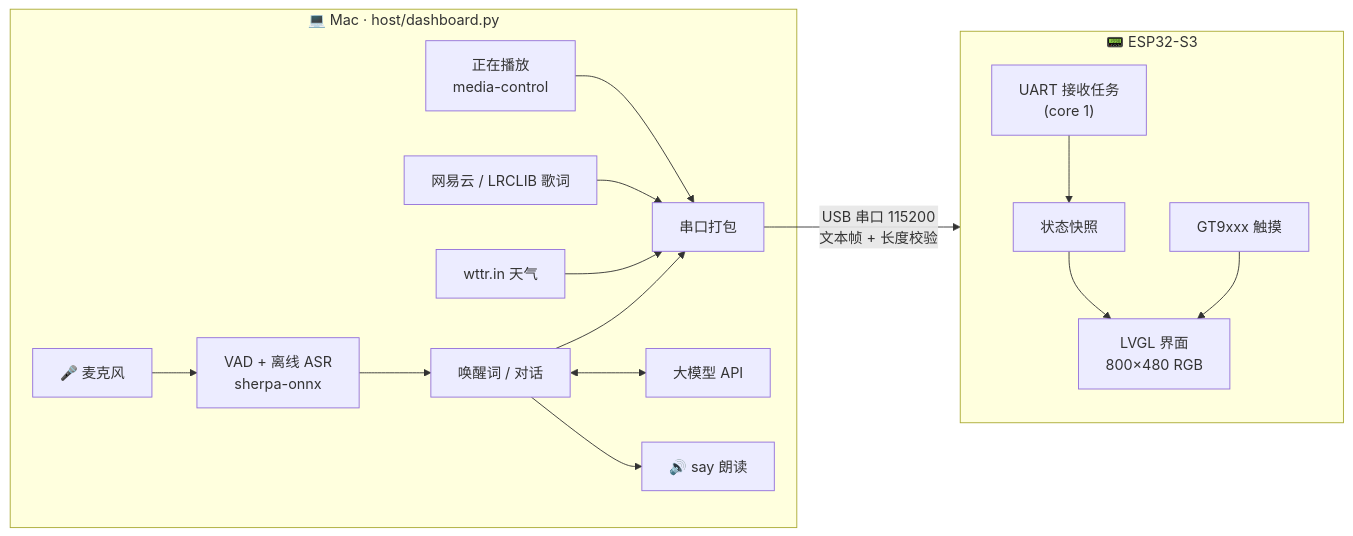
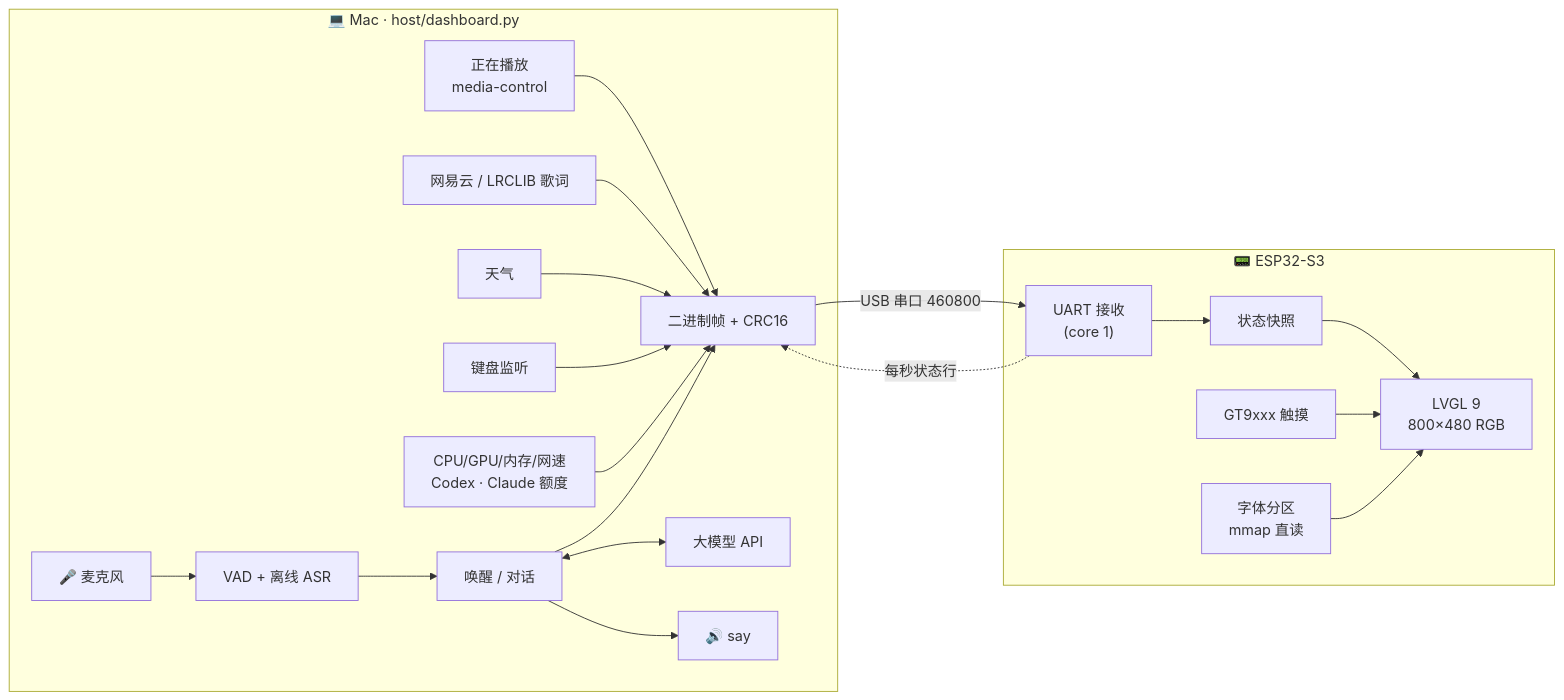
The diagram in README.md (ivy987654/esp32), drawn with Mermaid before and after one commit. The commit also changed other lines of this file and 49 other files, not shown here.

````diff
--- a/README.md
+++ b/README.md
@@ -171,18 +75,21 @@
 ```mermaid
 flowchart LR
     subgraph Mac["💻 Mac · host/dashboard.py"]
-        NP["正在播放<br/>media-control"] --> M
-        NE["网易云 / LRCLIB 歌词"] --> M
-        WT["wttr.in 天气"] --> M
-        MIC["🎤 麦克风"] --> ASR["VAD + 离线 ASR<br/>sherpa-onnx"] --> BOT["唤醒词 / 对话"]
+        NP["正在播放<br/>media-control"] --> TX
+        LY["网易云 / LRCLIB 歌词"] --> TX
+        WT["天气"] --> TX
+        KB["键盘监听"] --> TX
+        SYS["CPU/GPU/内存/网速<br/>Codex · Claude 额度"] --> TX
+        MIC["🎤 麦克风"] --> ASR["VAD + 离线 ASR"] --> BOT["唤醒 / 对话"]
         BOT <--> LLM["大模型 API"]
-        BOT --> TTS["🔊 say 朗读"]
-        M["串口打包"]
-        BOT --> M
+        BOT --> TTS["🔊 say"]
+        BOT --> TX["二进制帧 + CRC16"]
     end
-    M -- "USB 串口 115200<br/>文本帧 + 长度校验" --> ESP
+    TX -- "USB 串口 460800" --> RX
+    RX -. "每秒状态行" .-> TX
     subgraph ESP["📟 ESP32-S3"]
-        RX["UART 接收任务<br/>(core 1)"] --> ST["状态快照"] --> UI["LVGL 界面<br/>800×480 RGB"]
+        RX["UART 接收<br/>(core 1)"] --> ST["状态快照"] --> UI["LVGL 9<br/>800×480 RGB"]
         TP["GT9xxx 触摸"] --> UI
+        FT["字体分区<br/>mmap 直读"] --> UI
     end
 ```
````
